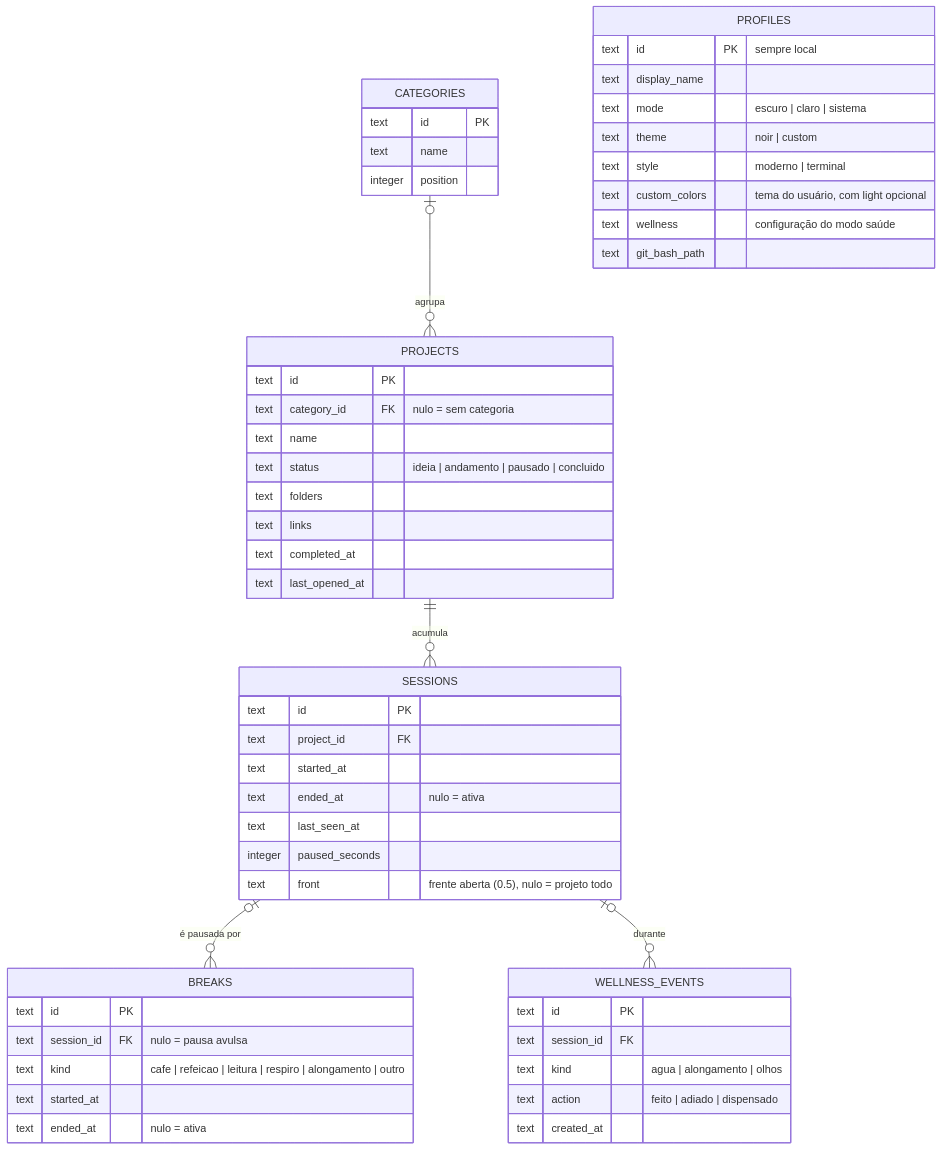
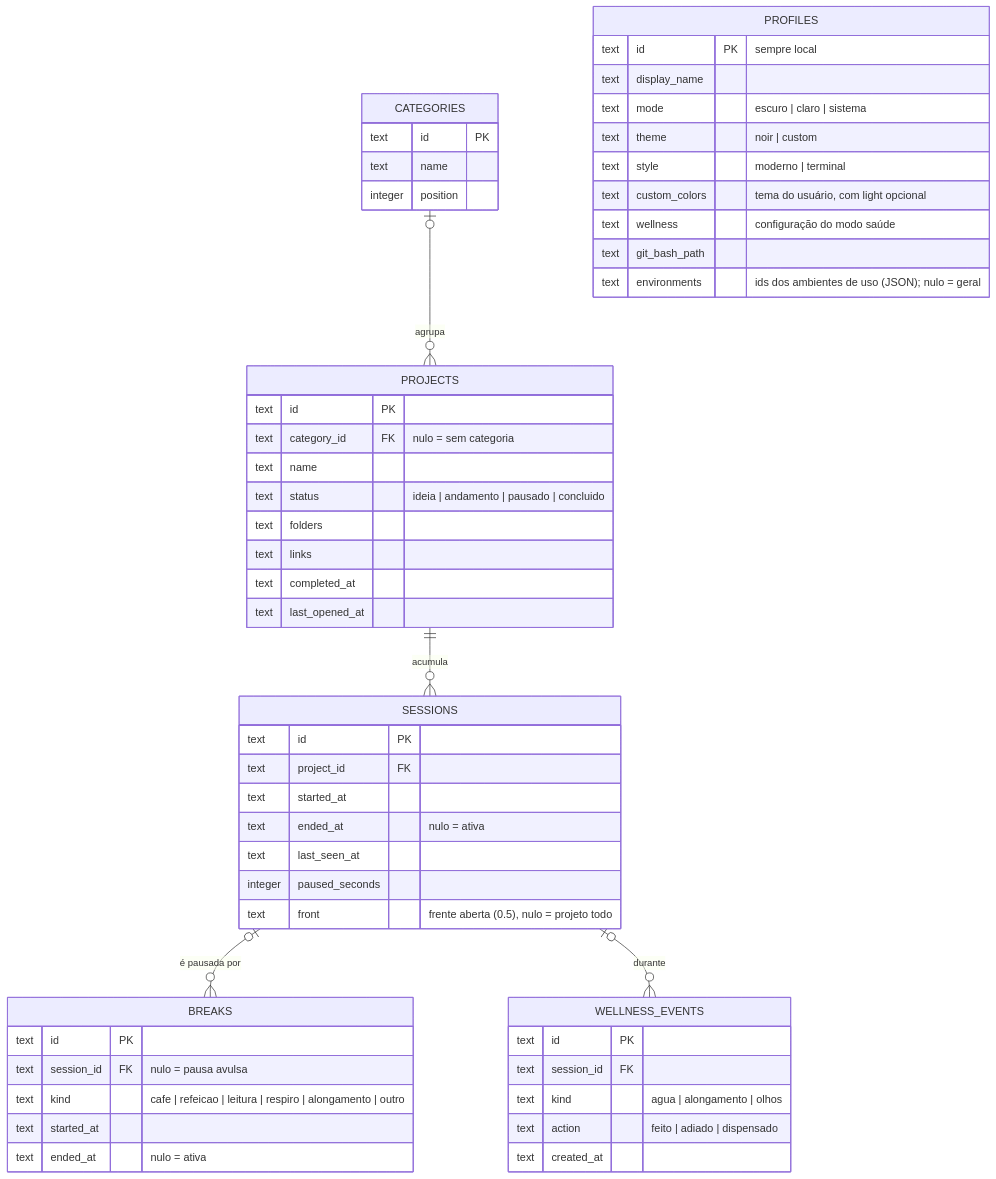
The diagram in docs/DAT-001-modelo-de-dados.md (SamaraSilvia81/gwen-app), drawn with Mermaid before and after one commit. The commit also changed other lines of this file and 16 other files, not shown here.

````diff
--- a/docs/DAT-001-modelo-de-dados.md
+++ b/docs/DAT-001-modelo-de-dados.md
@@ -47,56 +47,57 @@
 ```mermaid
 erDiagram
   CATEGORIES |o--o{ PROJECTS : "agrupa"
   PROJECTS ||--o{ SESSIONS : "acumula"
   SESSIONS |o--o{ BREAKS : "é pausada por"
   SESSIONS |o--o{ WELLNESS_EVENTS : "durante"
 
   PROFILES {
     text id PK "sempre local"
     text display_name
     text mode "escuro | claro | sistema"
     text theme "noir | custom"
     text style "moderno | terminal"
     text custom_colors "tema do usuário, com light opcional"
     text wellness "configuração do modo saúde"
     text git_bash_path
+    text environments "ids dos ambientes de uso (JSON); nulo = geral"
   }
   CATEGORIES {
     text id PK
     text name
     integer position
   }
   PROJECTS {
     text id PK
     text category_id FK "nulo = sem categoria"
     text name
     text status "ideia | andamento | pausado | concluido"
     text folders
     text links
     text completed_at
     text last_opened_at
   }
   SESSIONS {
     text id PK
     text project_id FK
     text started_at
     text ended_at "nulo = ativa"
     text last_seen_at
     integer paused_seconds
     text front "frente aberta (0.5), nulo = projeto todo"
   }
   WELLNESS_EVENTS {
     text id PK
     text session_id FK
     text kind "agua | alongamento | olhos"
     text action "feito | adiado | dispensado"
     text created_at
   }
   BREAKS {
     text id PK
     text session_id FK "nulo = pausa avulsa"
     text kind "cafe | refeicao | leitura | respiro | alongamento | outro"
     text started_at
     text ended_at "nulo = ativa"
   }
 ```
````
